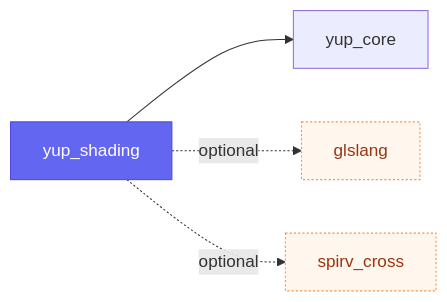
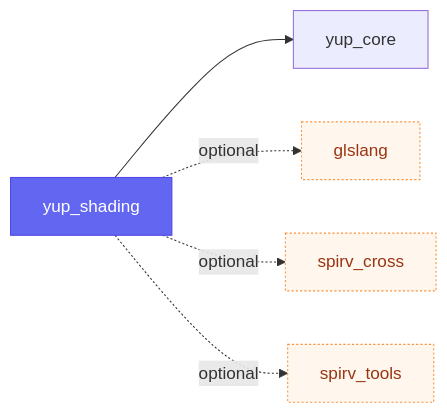
Before and after one commit to kunitoki/yup: the fourth of 19 diagrams in docs/modules.md, drawn with Mermaid. The commit also changed other lines of this file and 106 other files, not shown here.

````diff
--- a/docs/modules.md
+++ b/docs/modules.md
@@ -112,9 +112,10 @@
 ```mermaid
 flowchart LR
     yup_shading:::self --> yup_core
     yup_shading -. optional .-> glslang:::opt
     yup_shading -. optional .-> spirv_cross:::opt
+    yup_shading -. optional .-> spirv_tools:::opt
     classDef self fill:#6366f1,color:#fff,stroke:#4f46e5;
     classDef ext fill:#f3f4f6,color:#374151,stroke:#9ca3af,stroke-dasharray:4 3;
     classDef opt fill:#fff7ed,color:#9a3412,stroke:#fb923c,stroke-dasharray:2 2;
 ```
````
